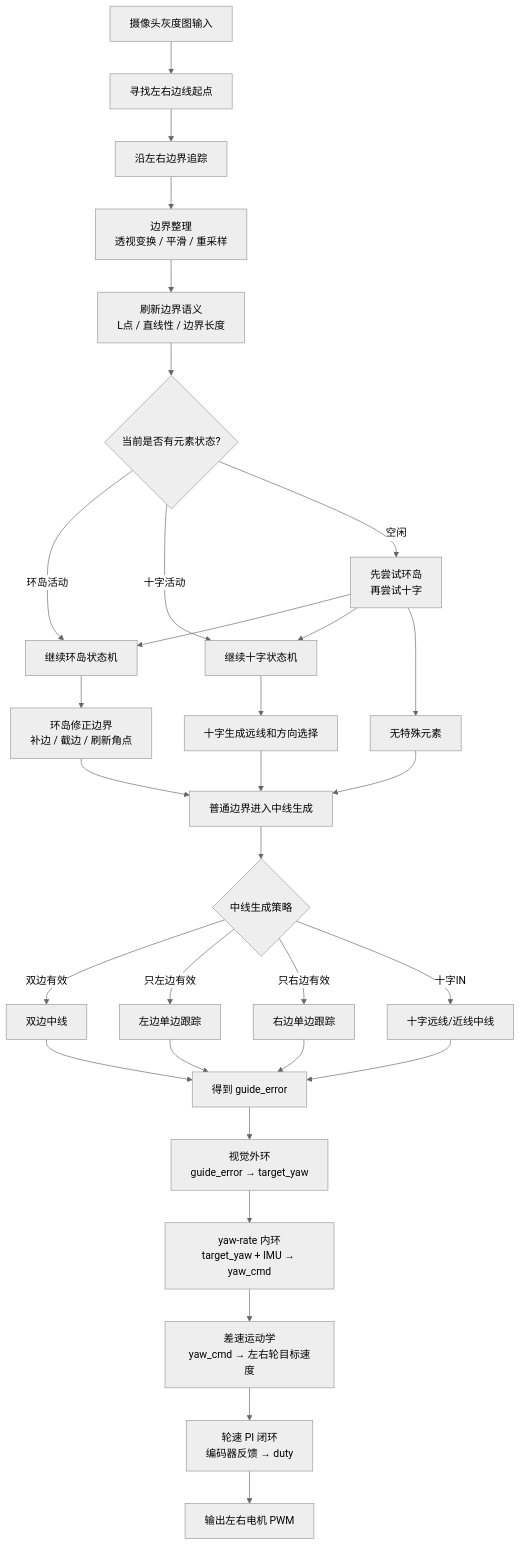
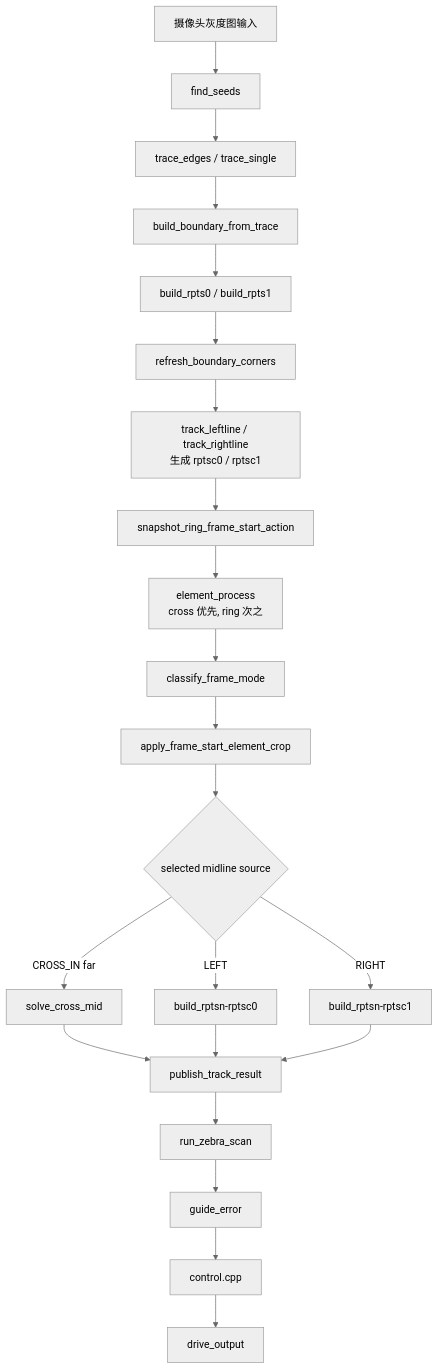
Before and after one commit to DWDROME/front_car_mainline: the diagram in docs/流程图.md, drawn with Mermaid (neutral theme). The commit also changed other lines of this file and 18 other files, not shown here.

````diff
--- a/docs/流程图.md
+++ b/docs/流程图.md
@@ -3,63 +7,24 @@
 ```mermaid
 flowchart TD
-
-    A[摄像头灰度图输入] --> B[寻找左右边线起点]
-
-    B --> C[沿左右边界追踪]
-
-    C --> D[边界整理<br/>透视变换 / 平滑 / 重采样]
-
-    D --> E[刷新边界语义<br/>L点 / 直线性 / 边界长度]
-
-    E --> F{当前是否有元素状态?}
-
-    F -->|环岛活动| G[继续环岛状态机]
-
-    F -->|十字活动| H[继续十字状态机]
-
-    F -->|空闲| I[先尝试环岛<br/>再尝试十字]
-
-    I --> G
-
-    I --> H
-
-    I --> J[无特殊元素]
-
-    G --> K[环岛修正边界<br/>补边 / 截边 / 刷新角点]
-
-    H --> L[十字生成远线和方向选择]
-
-    J --> M[普通边界进入中线生成]
-
-    K --> M
-
-    L --> M
-
-    M --> N{中线生成策略}
-
-    N -->|双边有效| O[双边中线]
-
-    N -->|只左边有效| P[左边单边跟踪]
-
-    N -->|只右边有效| Q[右边单边跟踪]
-
-    N -->|十字IN| R[十字远线/近线中线]
-
-    O --> S[得到 guide_error]
-
-    P --> S
-
-    Q --> S
-
-    R --> S
-
-    S --> T[视觉外环<br/>guide_error → target_yaw]
-
-    T --> U[yaw-rate 内环<br/>target_yaw + IMU → yaw_cmd]
-
-    U --> V[差速运动学<br/>yaw_cmd → 左右轮目标速度]
-
-    V --> W[轮速 PI 闭环<br/>编码器反馈 → duty]
-
-    W --> X[输出左右电机 PWM]
+    A[摄像头灰度图输入] --> B[find_seeds]
+    B --> C[trace_edges / trace_single]
+    C --> D[build_boundary_from_trace]
+    D --> E[build_rpts0 / build_rpts1]
+    E --> F[refresh_boundary_corners]
+    F --> G[track_leftline / track_rightline<br/>生成 rptsc0 / rptsc1]
+    G --> H[snapshot_ring_frame_start_action]
+    H --> I[element_process<br/>cross 优先, ring 次之]
+    I --> J[classify_frame_mode]
+    J --> K[apply_frame_start_element_crop]
+    K --> L{selected midline source}
+    L -->|CROSS_IN far| M[solve_cross_mid]
+    L -->|LEFT| N[build_rptsn-rptsc0]
+    L -->|RIGHT| O[build_rptsn-rptsc1]
+    M --> P[publish_track_result]
+    N --> P
+    O --> P
+    P --> Q[run_zebra_scan]
+    Q --> R[guide_error]
+    R --> S[control.cpp]
+    S --> T[drive_output]
 ```
````
